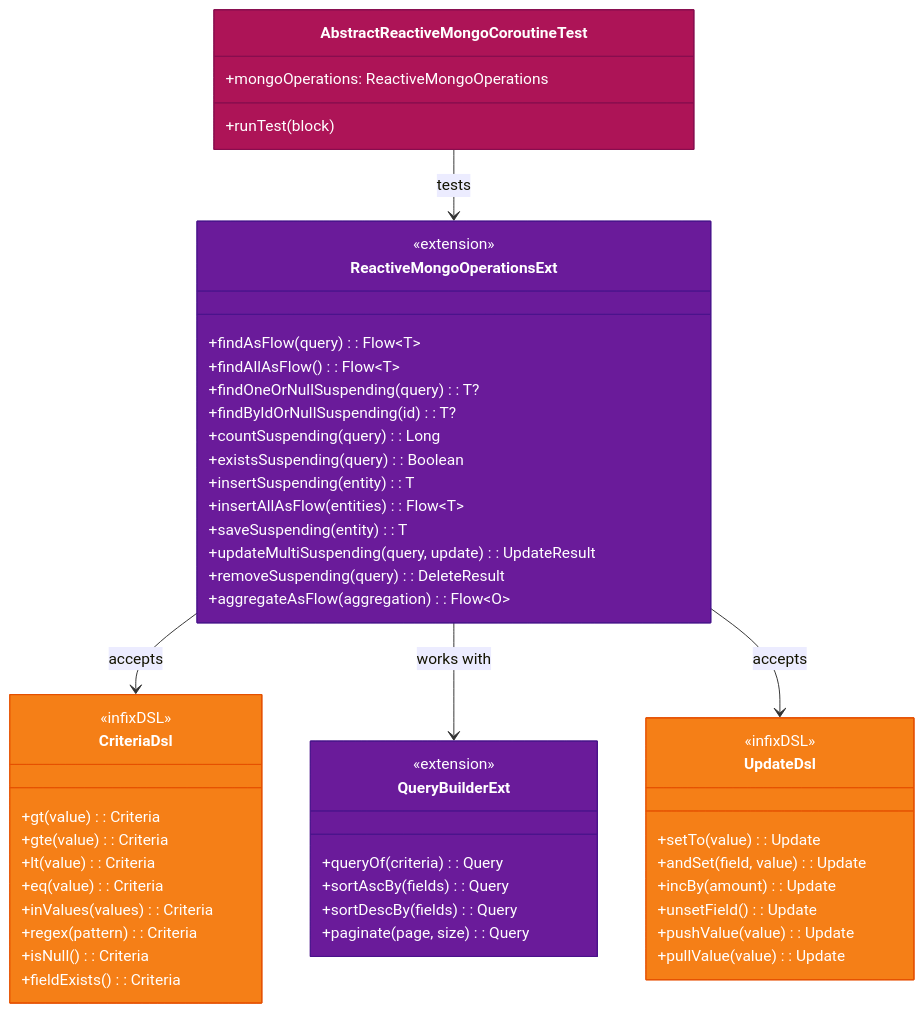
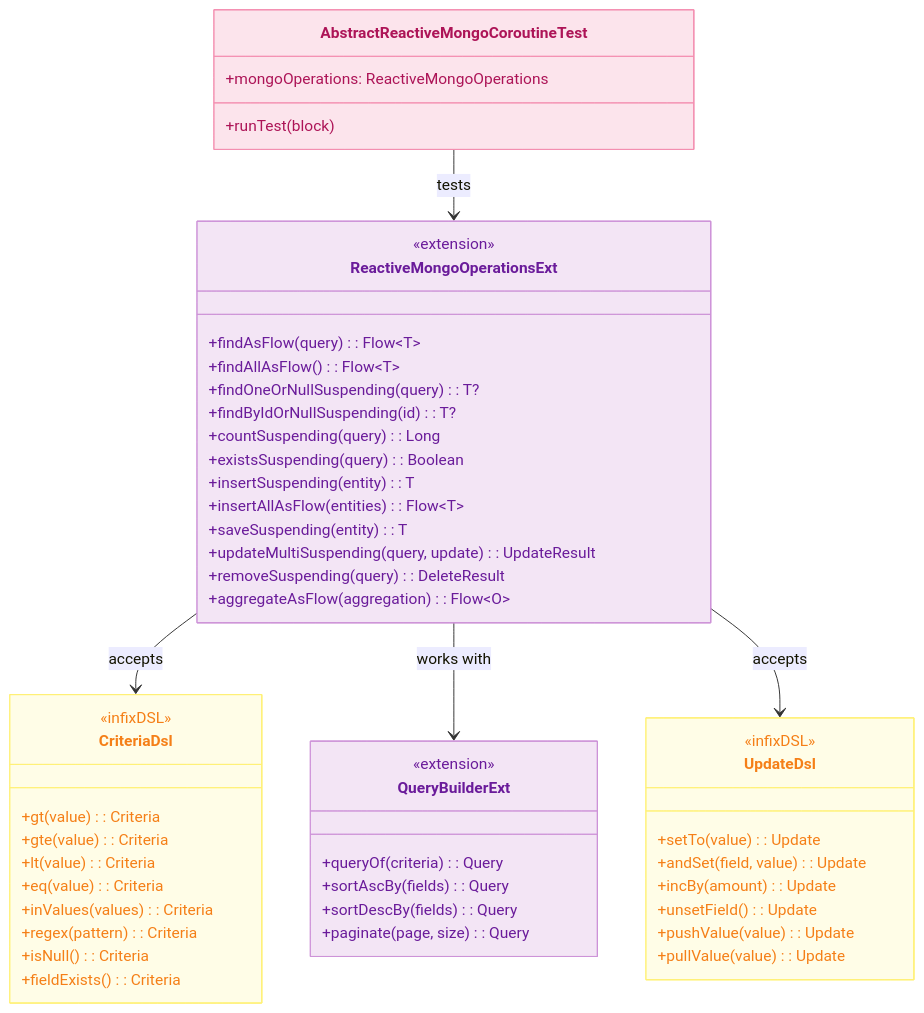
One commit to bluetape4k/bluetape4k-projects changed the first of 4 diagrams in spring-boot3/mongodb/README.ko.md. Above: the diagram before and after it, drawn with Mermaid. The commit also changed other lines of this file and 219 other files, not shown here.

First line of the commit message:
docs: 전체 README Mermaid 다이어그램 가이드 적용

````diff
--- a/spring-boot3/mongodb/README.ko.md
+++ b/spring-boot3/mongodb/README.ko.md
@@ -214,60 +214,60 @@
 ```mermaid
 classDiagram
     class ReactiveMongoOperationsExt {
         <<extension>>
         +findAsFlow(query): Flow~T~
         +findAllAsFlow(): Flow~T~
         +findOneOrNullSuspending(query): T?
         +findByIdOrNullSuspending(id): T?
         +countSuspending(query): Long
         +existsSuspending(query): Boolean
         +insertSuspending(entity): T
         +insertAllAsFlow(entities): Flow~T~
         +saveSuspending(entity): T
         +updateMultiSuspending(query, update): UpdateResult
         +removeSuspending(query): DeleteResult
         +aggregateAsFlow(aggregation): Flow~O~
     }
     class CriteriaDsl {
         <<infixDSL>>
         +gt(value): Criteria
         +gte(value): Criteria
         +lt(value): Criteria
         +eq(value): Criteria
         +inValues(values): Criteria
         +regex(pattern): Criteria
         +isNull(): Criteria
         +fieldExists(): Criteria
     }
     class QueryBuilderExt {
         <<extension>>
         +queryOf(criteria): Query
         +sortAscBy(fields): Query
         +sortDescBy(fields): Query
         +paginate(page, size): Query
     }
     class UpdateDsl {
         <<infixDSL>>
         +setTo(value): Update
         +andSet(field, value): Update
         +incBy(amount): Update
         +unsetField(): Update
         +pushValue(value): Update
         +pullValue(value): Update
     }
     class AbstractReactiveMongoCoroutineTest {
         +mongoOperations: ReactiveMongoOperations
         +runTest(block)
     }
 
     ReactiveMongoOperationsExt --> CriteriaDsl : accepts
     ReactiveMongoOperationsExt --> QueryBuilderExt : works with
     ReactiveMongoOperationsExt --> UpdateDsl : accepts
     AbstractReactiveMongoCoroutineTest --> ReactiveMongoOperationsExt : tests
 
-    style ReactiveMongoOperationsExt fill:#6A1B9A,stroke:#4A148C,color:#FFFFFF
-    style CriteriaDsl fill:#F57F17,stroke:#E65100,color:#FFFFFF
-    style QueryBuilderExt fill:#6A1B9A,stroke:#4A148C,color:#FFFFFF
-    style UpdateDsl fill:#F57F17,stroke:#E65100,color:#FFFFFF
-    style AbstractReactiveMongoCoroutineTest fill:#AD1457,stroke:#880E4F,color:#FFFFFF
+    style ReactiveMongoOperationsExt fill:#F3E5F5,stroke:#CE93D8,color:#6A1B9A
+    style CriteriaDsl fill:#FFFDE7,stroke:#FFF176,color:#F57F17
+    style QueryBuilderExt fill:#F3E5F5,stroke:#CE93D8,color:#6A1B9A
+    style UpdateDsl fill:#FFFDE7,stroke:#FFF176,color:#F57F17
+    style AbstractReactiveMongoCoroutineTest fill:#FCE4EC,stroke:#F48FB1,color:#AD1457
 ```
````
